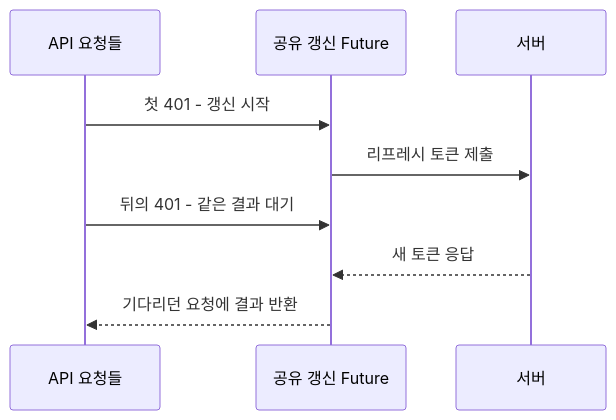
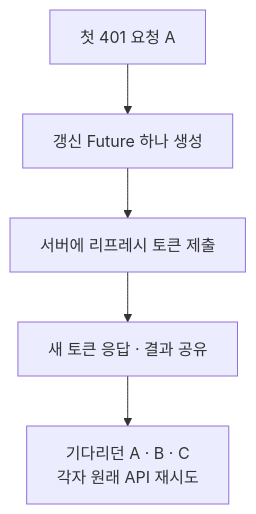
Before and after one commit to junho0831/career-ops: the diagram in docs/posts/2026-06-14-login-token-lifecycle.md, drawn with Mermaid. The commit also changed other lines of this file and 18 other files, not shown here.

````diff
--- a/docs/posts/2026-06-14-login-token-lifecycle.md
+++ b/docs/posts/2026-06-14-login-token-lifecycle.md
@@ -18,11 +18,7 @@
 ```mermaid
-sequenceDiagram
- participant Q as API 요청들
- participant F as 공유 갱신 Future
- participant S as 서버
- Q->>F: 첫 401 - 갱신 시작
- F->>S: 리프레시 토큰 제출
- Q->>F: 뒤의 401 - 같은 결과 대기
- S-->>F: 새 토큰 응답
- F-->>Q: 기다리던 요청에 결과 반환
+flowchart TD
+ A["첫 401 요청 A"] --> F["갱신 Future 하나 생성"]
+ F --> S["서버에 리프레시 토큰 제출"]
+ S --> R["새 토큰 응답 · 결과 공유"]
+ R --> Q["기다리던 A · B · C<br/>각자 원래 API 재시도"]
 ```
````
